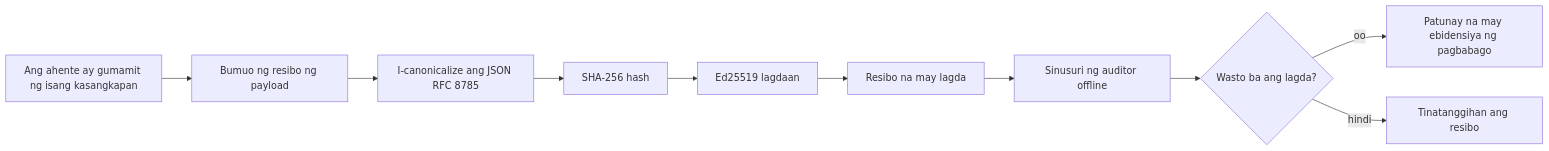
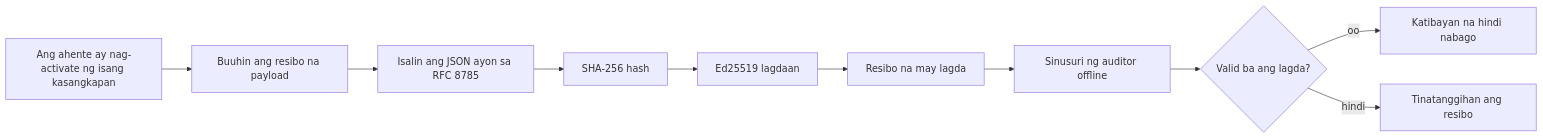
The first of 2 diagrams in mirrors/repos/microsoft@ai-agents-for-beginners/translations/tl/18-securing-ai-agents/README.md (gabrielmoreira/agent-skills-mirror), drawn with Mermaid before and after one commit. The commit also changed other lines of this file and 2285 other files, not shown here.

````diff
--- a/mirrors/repos/microsoft@ai-agents-for-beginners/translations/tl/18-securing-ai-agents/README.md
+++ b/mirrors/repos/microsoft@ai-agents-for-beginners/translations/tl/18-securing-ai-agents/README.md
@@ -51,12 +51,12 @@
 ```mermaid
 flowchart LR
-    A[Ang ahente ay gumamit ng isang kasangkapan] --> B[Bumuo ng resibo ng payload]
-    B --> C[I-canonicalize ang JSON RFC 8785]
+    A[Ang ahente ay nag-activate ng isang kasangkapan] --> B[Buuhin ang resibo na payload]
+    B --> C[Isalin ang JSON ayon sa RFC 8785]
     C --> D[SHA-256 hash]
     D --> E[Ed25519 lagdaan]
     E --> F[Resibo na may lagda]
     F --> G[Sinusuri ng auditor offline]
-    G --> H{Wasto ba ang lagda?}
-    H -- oo --> I[Patunay na may ebidensiya ng pagbabago]
+    G --> H{Valid ba ang lagda?}
+    H -- oo --> I[Katibayan na hindi nabago]
     H -- hindi --> J[Tinatanggihan ang resibo]
 ```
````
